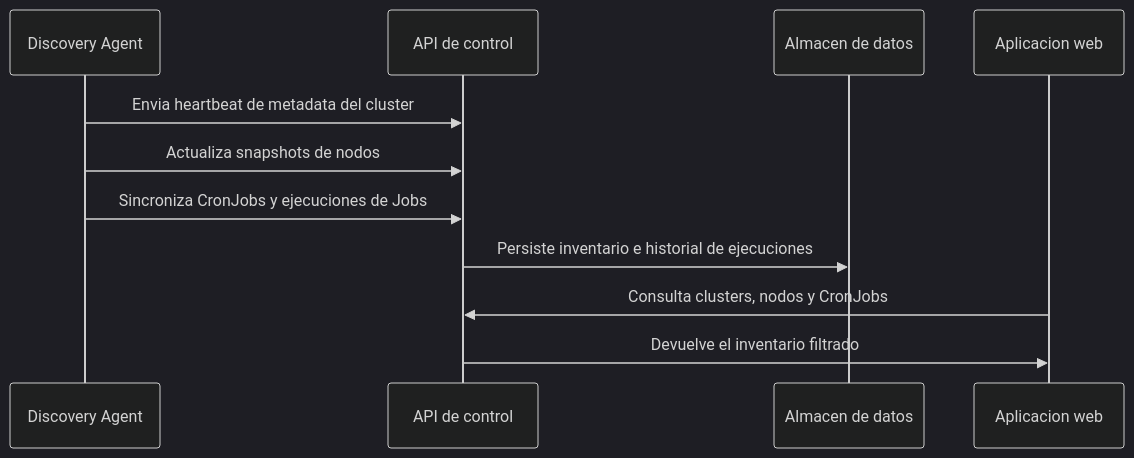
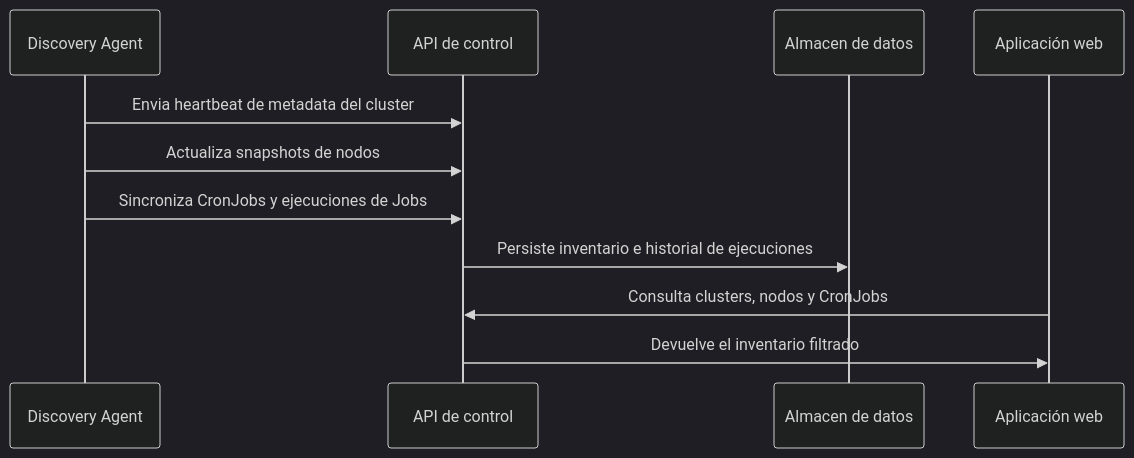
One commit to Moonin-Lab/Moonin-Docs changed the third of 4 diagrams in src/content/docs/es/getting-started/architecture.md. Above: the diagram before and after it, drawn with Mermaid (dark theme). The commit also changed other lines of this file and 84 other files, not shown here.

````diff
--- a/src/content/docs/es/getting-started/architecture.md
+++ b/src/content/docs/es/getting-started/architecture.md
@@ -120,14 +120,14 @@
 ```mermaid
 sequenceDiagram
     participant Agent as Discovery Agent
     participant API as API de control
     participant DB as Almacen de datos
-    participant Front as Aplicacion web
+    participant Front as Aplicación web
 
     Agent->>API: Envia heartbeat de metadata del cluster
     Agent->>API: Actualiza snapshots de nodos
     Agent->>API: Sincroniza CronJobs y ejecuciones de Jobs
     API->>DB: Persiste inventario e historial de ejecuciones
     Front->>API: Consulta clusters, nodos y CronJobs
     API->>Front: Devuelve el inventario filtrado
 ```
````
